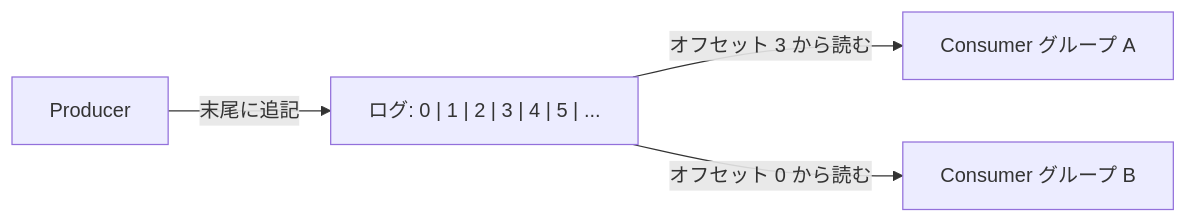
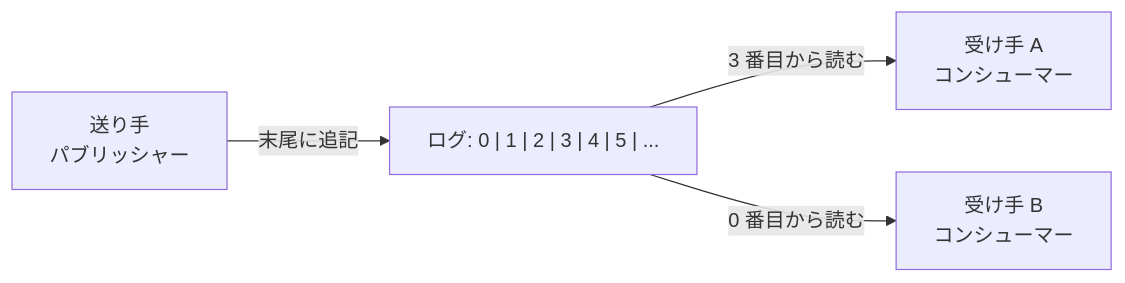
The second of 2 diagrams in chapters/05-messaging-products.md (t-inoue0214/starter-web-async), drawn with Mermaid before and after one commit. The commit also changed other lines of this file and 96 other files, not shown here.

````diff
--- a/chapters/05-messaging-products.md
+++ b/chapters/05-messaging-products.md
@@ -50,6 +50,6 @@
 ```mermaid
 flowchart LR
-    P[Producer] -->|末尾に追記| L["ログ: 0 | 1 | 2 | 3 | 4 | 5 | ..."]
-    L -->|オフセット 3 から読む| C1[Consumer グループ A]
-    L -->|オフセット 0 から読む| C2[Consumer グループ B]
+    P[送り手<br>パブリッシャー] -->|末尾に追記| L["ログ: 0 | 1 | 2 | 3 | 4 | 5 | ..."]
+    L -->|3 番目から読む| C1[受け手 A<br>コンシューマー]
+    L -->|0 番目から読む| C2[受け手 B<br>コンシューマー]
 ```
````
